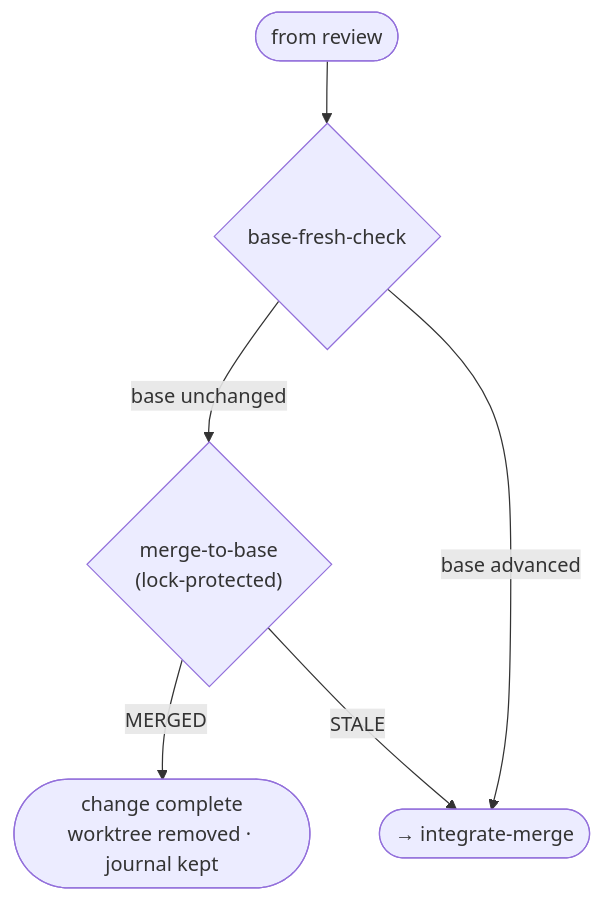
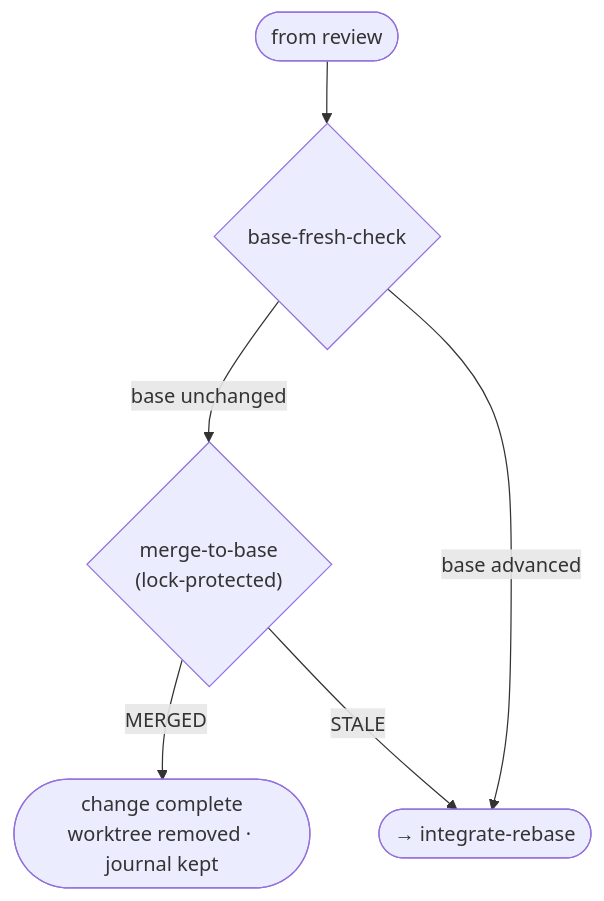
Diagram 12 of 12 in docs/architecture.md (jpoimboe/imp), drawn with Mermaid before and after one commit. The commit also changed other lines of this file, not shown here.

Commit message:
docs: rename integrate-merge to integrate-rebase in architecture diagram
Change: 2026-06-14-single-merge-commit-rebase

````diff
--- a/docs/architecture.md
+++ b/docs/architecture.md
@@ -243,8 +243,8 @@
 ```mermaid
 flowchart TD
   in([from review]) --> BFC{"base-fresh-check"}
   BFC -->|"base unchanged"| M2B{"merge-to-base<br/>(lock-protected)"}
-  BFC -->|"base advanced"| reint([→ integrate-merge])
+  BFC -->|"base advanced"| reint([→ integrate-rebase])
   M2B -->|MERGED| done([change complete<br/>worktree removed · journal kept])
   M2B -->|STALE| reint
 ```
````
